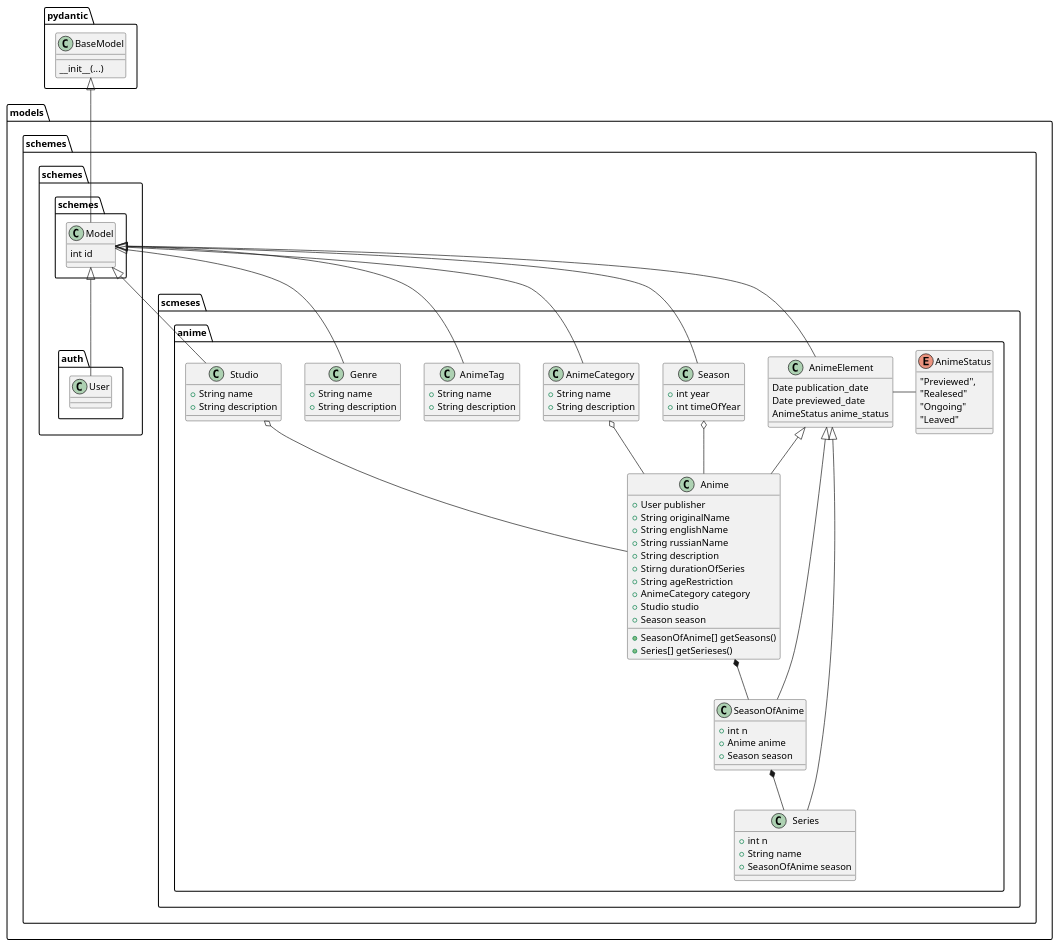
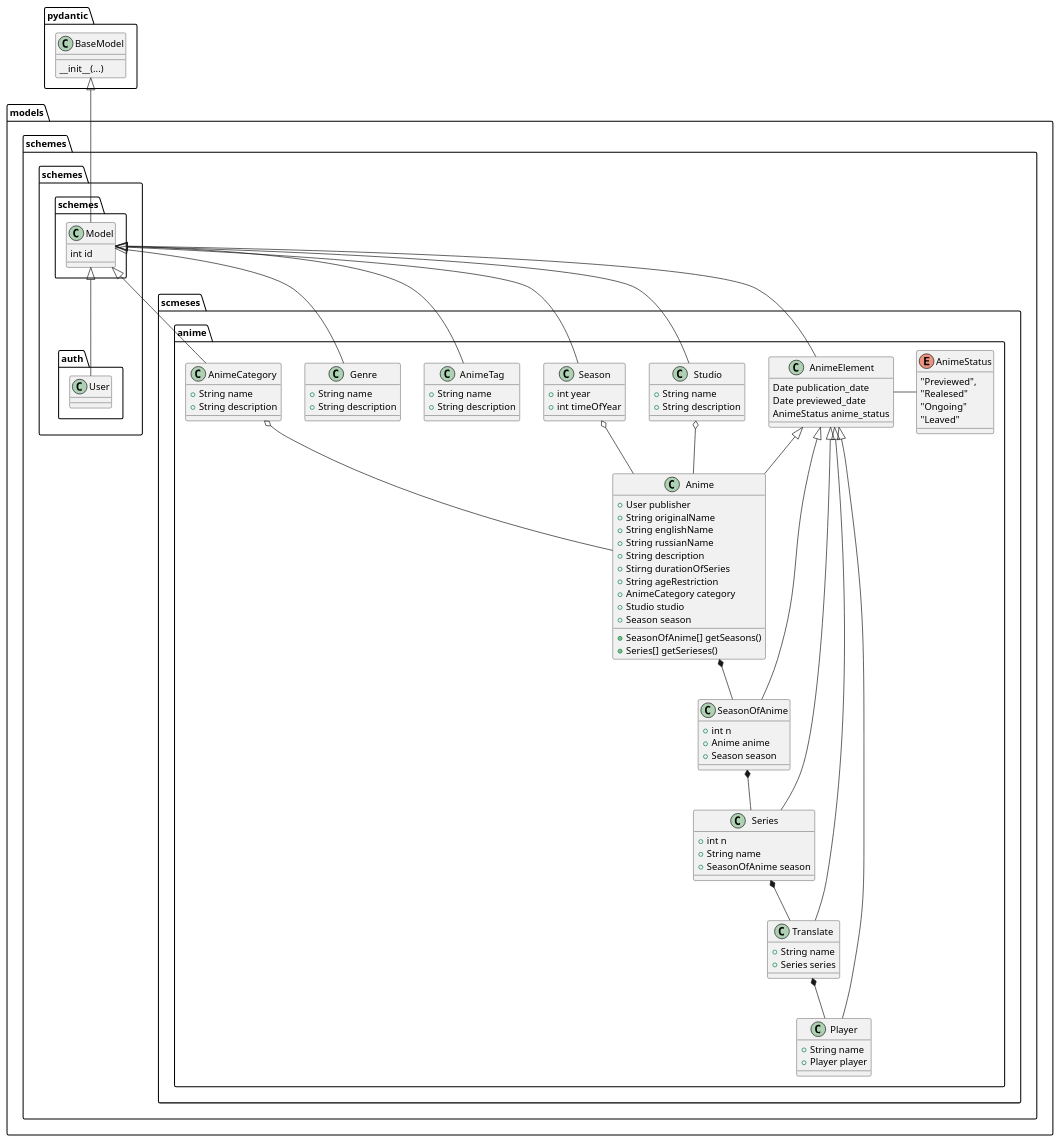
The diagram in docs/diagrams/classes.plantuml (undiscoveredWorld/animeWatch), drawn with PlantUML before and after one commit.

Commit message:
Refactoring

```diff
--- a/docs/diagrams/classes.plantuml
+++ b/docs/diagrams/classes.plantuml
@@ -1,116 +1,130 @@
 @startuml class
 
 package pydantic {
     class BaseModel {
         __init__(...)
     }
 }
 
 package models {
     package schemes {
         package schemes.schemes {
             class Model {
                 int id
             }
 
             BaseModel <|-- Model
         }
 
         package schemes.auth {
             class User {
 
             }
 
             Model <|-- User
         }
 
         package scmeses.anime {
             class AnimeElement {
                 Date publication_date
                 Date previewed_date
                 AnimeStatus anime_status
+            }
+
+            class Player {
+                + String name
+                + Player player
+            }
+
+            class Translate {
+                + String name
+                + Series series
             }
 
             class Series {
                 + int n
                 + String name
                 + SeasonOfAnime season
             }
 
             class SeasonOfAnime {
                 + int n
                 + Anime anime
                 + Season season
             }
 
             class Anime {
                 + User publisher
                 + String originalName
                 + String englishName
                 + String russianName
                 + String description
                 + Stirng durationOfSeries
                 + String ageRestriction
                 + AnimeCategory category
                 + Studio studio
                 + Season season
                 
                 + SeasonOfAnime[] getSeasons()
                 + Series[] getSerieses()
             }
 
             class AnimeCategory {
                 + String name
                 + String description
             }
 
             class AnimeTag {
                 + String name
                 + String description
             }
 
             class Genre {
                 + String name
                 + String description
             }
 
             class Studio {
                 + String name
                 + String description
             }
 
             class Season {
                 + int year
                 + int timeOfYear
             }
 
             enum AnimeStatus {
                 "Previewed",
                 "Realesed"
                 "Ongoing"
                 "Leaved"
             }
 
             Model <|-- AnimeElement
             Model <|-- AnimeCategory
             Model <|-- AnimeTag
             Model <|-- Genre
             Model <|-- Studio
             Model <|-- Season
 
+            AnimeElement <|-- Player
+            AnimeElement <|-- Translate
             AnimeElement <|-- Series
             AnimeElement <|-- SeasonOfAnime
             AnimeElement <|-- Anime
 
             AnimeElement - AnimeStatus
 
+            Translate *-- Player
+            Series *-- Translate
             SeasonOfAnime *-- Series
             Anime *-- SeasonOfAnime
             AnimeCategory o-- Anime
             Studio o-- Anime
             Season o--Anime
         }
     }
 }
 
 @enduml
```
